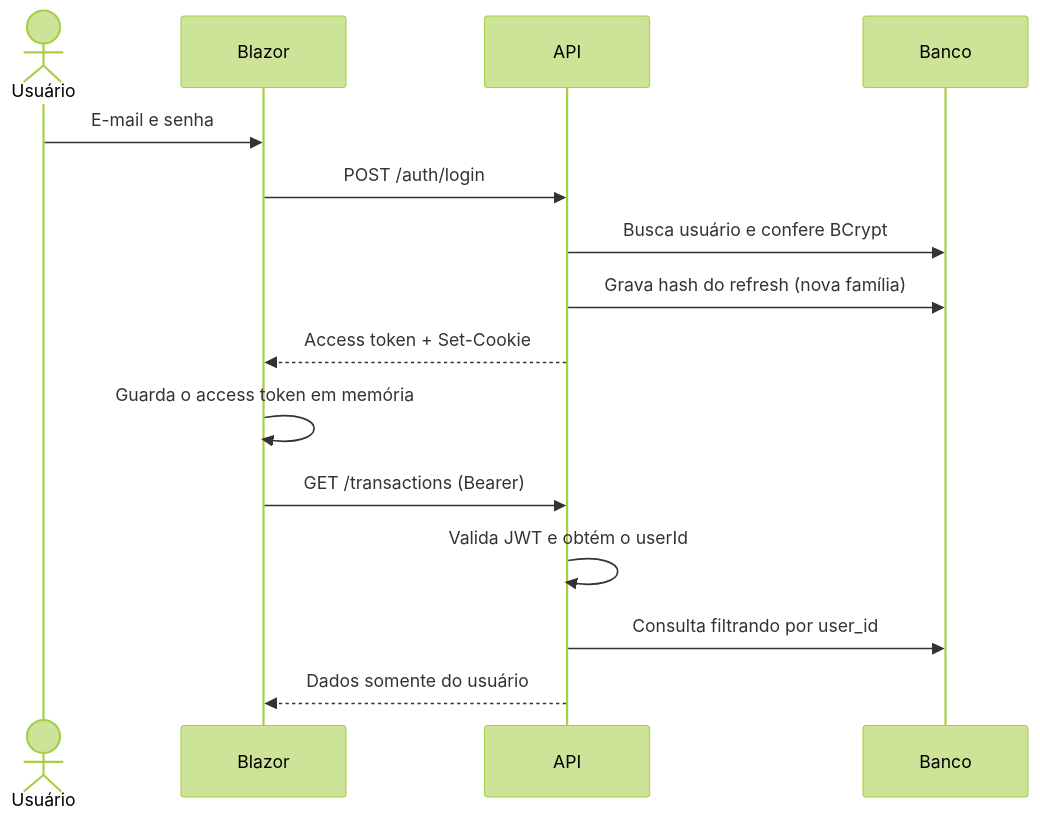
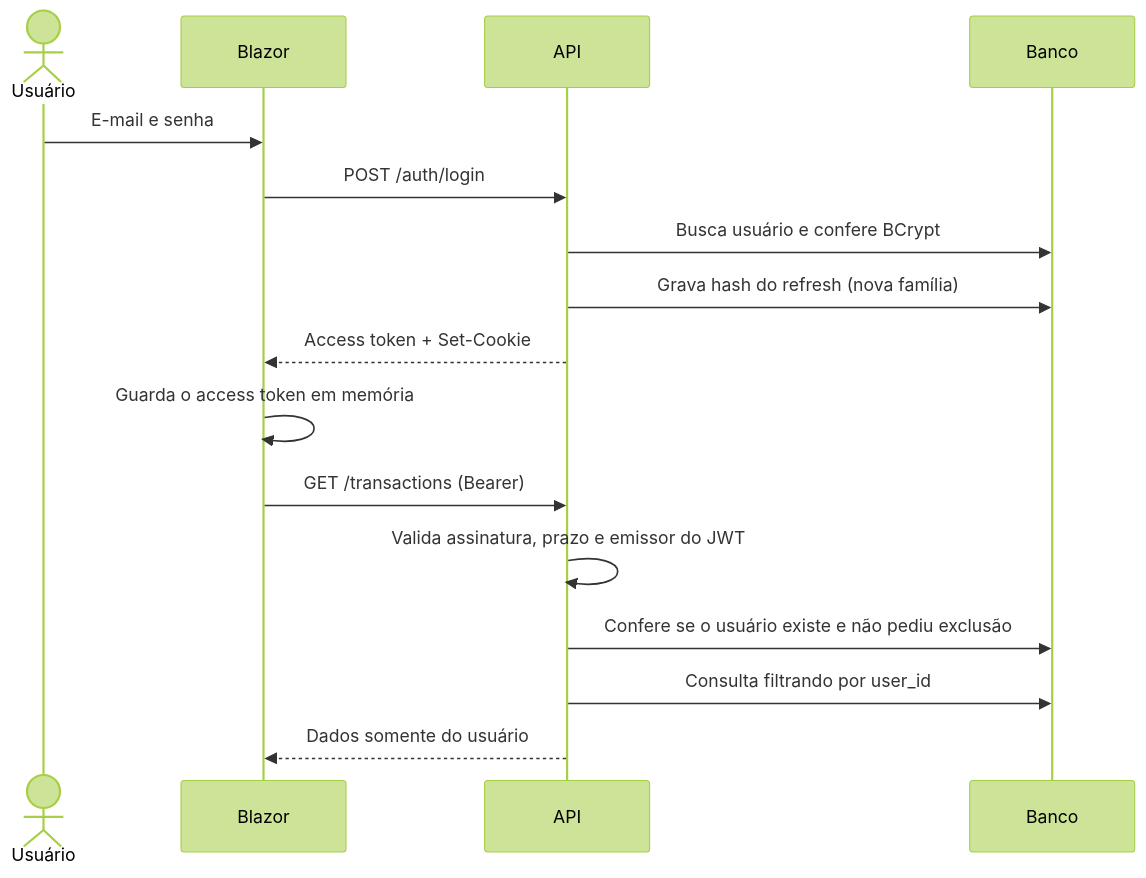
The first of 2 diagrams in docs/05-autenticacao.md (r00mul00/FinanTrack), drawn with Mermaid (forest theme) before and after one commit. The commit also changed other lines of this file and 70 other files, not shown here.

````diff
--- a/docs/05-autenticacao.md
+++ b/docs/05-autenticacao.md
@@ -20,18 +20,19 @@
 ```mermaid
 sequenceDiagram
     actor U as Usuário
     participant F as Blazor
     participant A as API
     participant D as Banco
 
     U->>F: E-mail e senha
     F->>A: POST /auth/login
     A->>D: Busca usuário e confere BCrypt
     A->>D: Grava hash do refresh (nova família)
     A-->>F: Access token + Set-Cookie
     F->>F: Guarda o access token em memória
     F->>A: GET /transactions (Bearer)
-    A->>A: Valida JWT e obtém o userId
+    A->>A: Valida assinatura, prazo e emissor do JWT
+    A->>D: Confere se o usuário existe e não pediu exclusão
     A->>D: Consulta filtrando por user_id
     A-->>F: Dados somente do usuário
 ```
````
